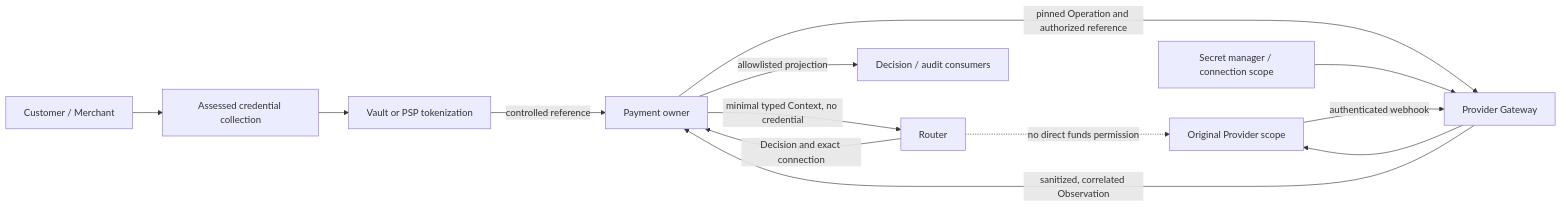
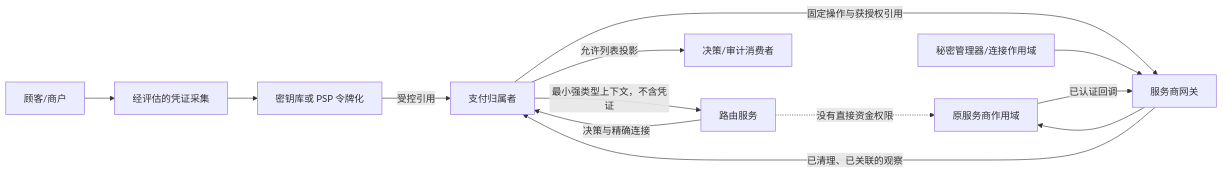
The first of 2 diagrams in appendices/security-compliance.md (YouEclipse/Designing-Modern-Payment-Systems), drawn with Mermaid before and after one commit. The commit also changed other lines of this file and 59 other files, not shown here.

````diff
--- a/appendices/security-compliance.md
+++ b/appendices/security-compliance.md
@@ -29,15 +29,15 @@
 ```mermaid
 flowchart LR
-    Client["Customer / Merchant"] --> Hosted["Assessed credential collection"]
-    Hosted --> Vault["Vault or PSP tokenization"]
-    Vault -->|"controlled reference"| Payment["Payment owner"]
-    Payment -->|"minimal typed Context, no credential"| Router["Router"]
-    Router -->|"Decision and exact connection"| Payment
-    Payment -->|"pinned Operation and authorized reference"| Gateway["Provider Gateway"]
-    Secrets["Secret manager / connection scope"] --> Gateway
-    Gateway --> PSP["Original Provider scope"]
-    PSP -->|"authenticated webhook"| Gateway
-    Gateway -->|"sanitized, correlated Observation"| Payment
-    Payment -->|"allowlisted projection"| Audit["Decision / audit consumers"]
-    Router -.->|"no direct funds permission"| PSP
+    Client["顾客/商户"] --> Hosted["经评估的凭证采集"]
+    Hosted --> Vault["密钥库或 PSP 令牌化"]
+    Vault -->|"受控引用"| Payment["支付归属者"]
+    Payment -->|"最小强类型上下文，不含凭证"| Router["路由服务"]
+    Router -->|"决策与精确连接"| Payment
+    Payment -->|"固定操作与获授权引用"| Gateway["服务商网关"]
+    Secrets["秘密管理器/连接作用域"] --> Gateway
+    Gateway --> PSP["原服务商作用域"]
+    PSP -->|"已认证回调"| Gateway
+    Gateway -->|"已清理、已关联的观察"| Payment
+    Payment -->|"允许列表投影"| Audit["决策/审计消费者"]
+    Router -.->|"没有直接资金权限"| PSP
 ```
````
